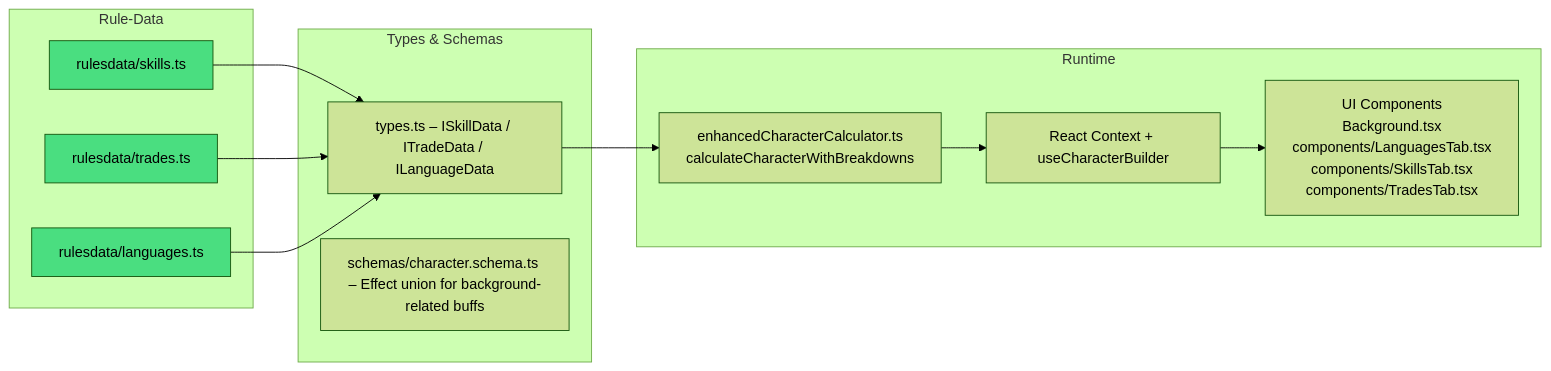
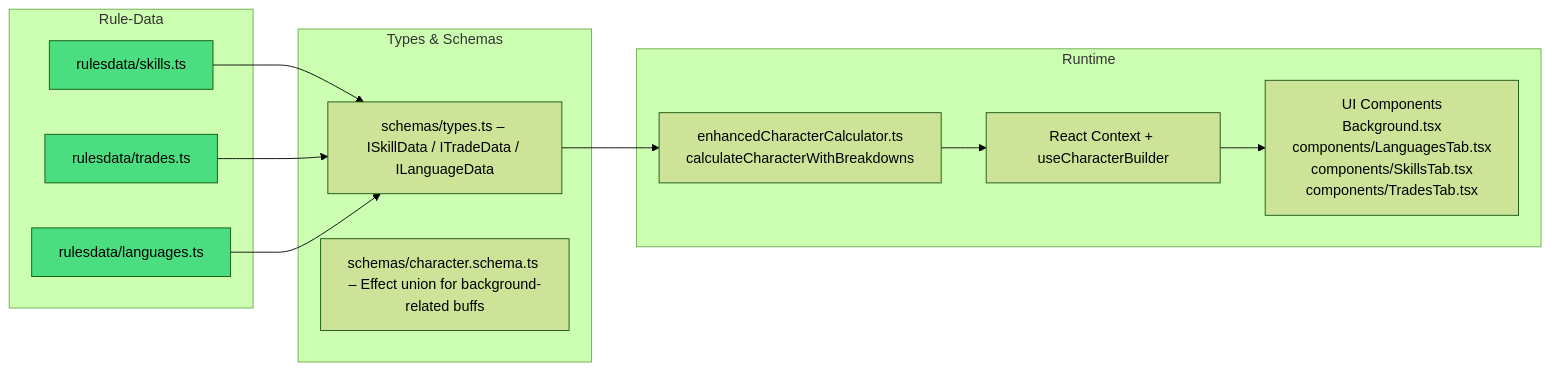
The diagram in docs/systems/BACKGROUND_SYSTEM.MD (YasafVol/dc20clean), drawn with Mermaid (forest theme) before and after one commit. The commit also changed other lines of this file and 3 other files, not shown here.

````diff
--- a/docs/systems/BACKGROUND_SYSTEM.MD
+++ b/docs/systems/BACKGROUND_SYSTEM.MD
@@ -12,26 +12,26 @@
 ```mermaid
 flowchart LR
     subgraph Rule-Data
         A1[rulesdata/skills.ts]
         A2[rulesdata/trades.ts]
         A3[rulesdata/languages.ts]
         style A1 fill:#4ade80,color:#000
         style A2 fill:#4ade80,color:#000
         style A3 fill:#4ade80,color:#000
     end
 
     subgraph Types & Schemas
-        B1[types.ts – ISkillData / ITradeData / ILanguageData]
+        B1[schemas/types.ts – ISkillData / ITradeData / ILanguageData]
         B2[schemas/character.schema.ts – Effect union for background-related buffs]
     end
 
     A1 & A2 & A3 --> B1
 
     subgraph Runtime
         D1[enhancedCharacterCalculator.ts<br/>calculateCharacterWithBreakdowns]
         D2[React Context + useCharacterBuilder]
         D3[UI Components<br/>Background.tsx<br/>components/LanguagesTab.tsx<br/>components/SkillsTab.tsx<br/>components/TradesTab.tsx]
     end
 
     B1 --> D1 --> D2 --> D3
 ```
````
